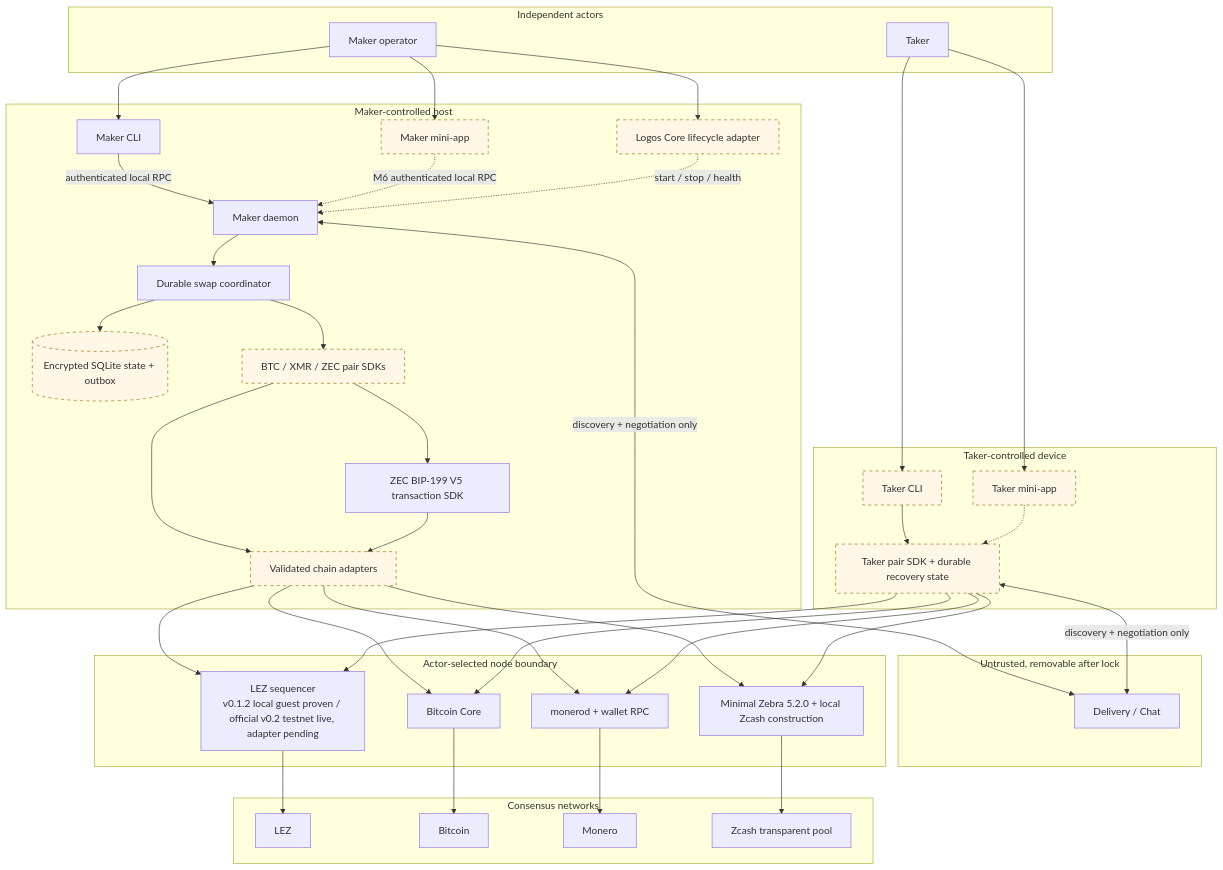
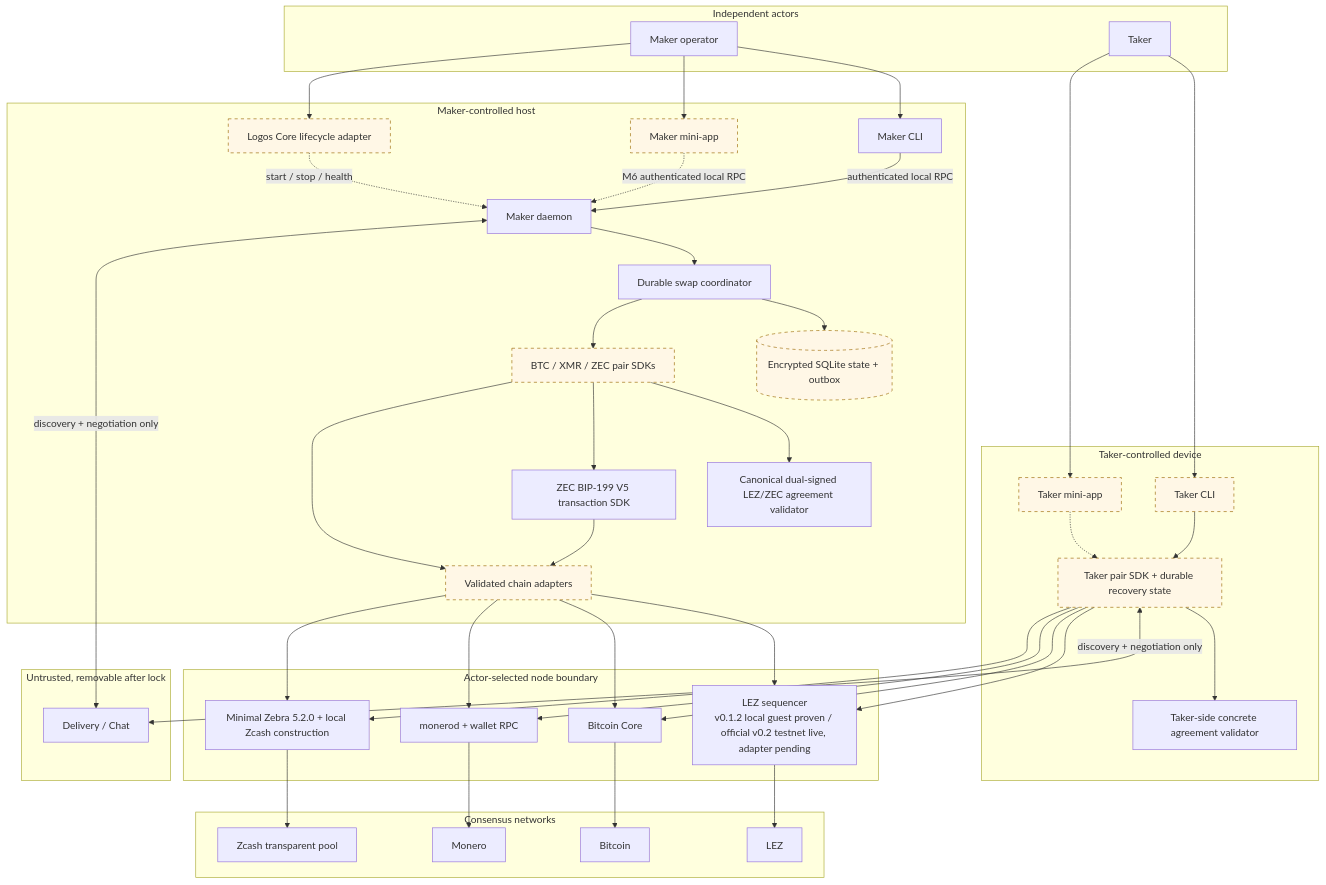
Before and after one commit to gateway-fm/lez-atomic-swaps: the first of 9 diagrams in docs/architecture/system-architecture.md, drawn with Mermaid. The commit also changed other lines of this file and 15 other files, not shown here.

Commit message:
feat: bind concrete LEZ ZEC agreement terms

```diff
--- a/docs/architecture/system-architecture.md
+++ b/docs/architecture/system-architecture.md
@@ -26,6 +26,7 @@
         CO["Durable swap coordinator"]
         DB[("Encrypted SQLite state + outbox")]
         PS["BTC / XMR / ZEC pair SDKs"]
+        ZA["Canonical dual-signed LEZ/ZEC agreement validator"]
         ZTX["ZEC BIP-199 V5 transaction SDK"]
         CA["Validated chain adapters"]
     end
@@ -34,6 +35,7 @@
         TC["Taker CLI"]
         TM["Taker mini-app"]
         TS["Taker pair SDK + durable recovery state"]
+        TA["Taker-side concrete agreement validator"]
     end
 
     subgraph OffChain["Untrusted, removable after lock"]
@@ -63,6 +65,7 @@
     MD --> CO
     CO --> DB
     CO --> PS
+    PS --> ZA
     PS --> ZTX
     PS --> CA
     ZTX --> CA
@@ -70,6 +73,7 @@
     T --> TC
     T --> TM
     TC --> TS
+    TS --> TA
     TM -.-> TS
 
     MD <-->|"discovery + negotiation only"| DC
```
